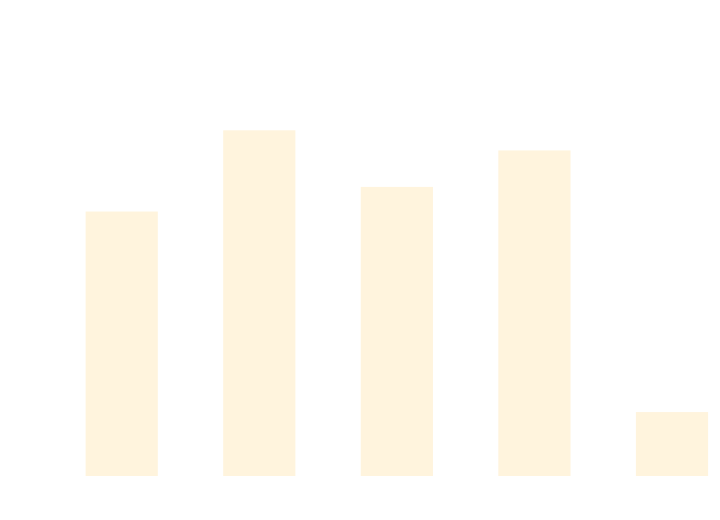
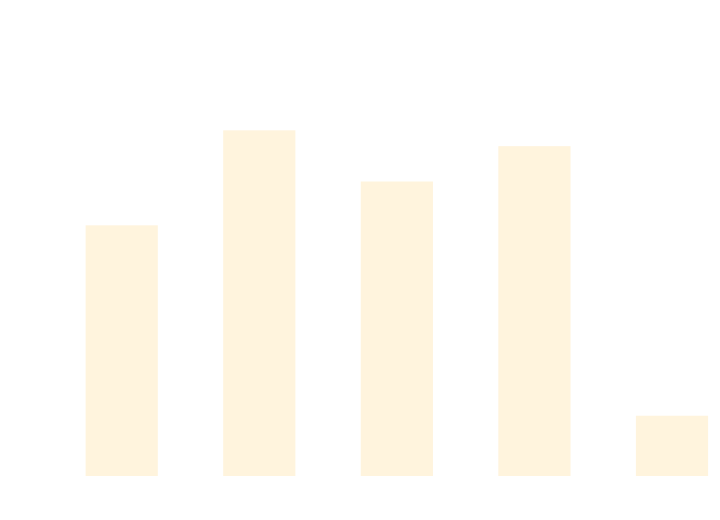
Before and after one commit to thomhurst/TUnit: the diagram in docs/docs/benchmarks/AsyncTests.md, drawn with Mermaid. The commit also changed other lines of this file and 17 other files, not shown here.

````diff
--- a/docs/docs/benchmarks/AsyncTests.md
+++ b/docs/docs/benchmarks/AsyncTests.md
@@ -27,37 +27,37 @@
 ```mermaid
 %%{init: {
   'theme':'base',
   'themeVariables': {
     'primaryColor': '#2563eb',
     'primaryTextColor': '#ffffff',
     'primaryBorderColor': '#1e40af',
     'lineColor': '#6b7280',
     'secondaryColor': '#7c3aed',
     'tertiaryColor': '#dc2626',
     'background': '#ffffff',
     'mainBkg': '#2563eb',
     'secondBkg': '#7c3aed',
     'tertiaryBkg': '#dc2626',
     'clusterBkg': '#f3f4f6',
     'edgeLabelBackground': '#ffffff',
     'tertiaryTextColor': '#1f2937',
     'pie1': '#2563eb',
     'pie2': '#7c3aed',
     'pie3': '#dc2626',
     'pie4': '#f59e0b',
     'pie5': '#10b981',
     'pie6': '#06b6d4',
     'pie7': '#ec4899',
     'pie8': '#6366f1',
     'pie9': '#84cc16',
     'pie10': '#f97316',
     'pie11': '#14b8a6',
     'pie12': '#a855f7'
   }
 }}%%
 xychart-beta
   title "AsyncTests Performance Comparison"
   x-axis ["TUnit", "NUnit", "MSTest", "xUnit3", "TUnit_AOT"]
-  y-axis "Time (ms)" 0 --> 906
-  bar [572.6, 754.3, 627.7, 709.3, 124]
+  y-axis "Time (ms)" 0 --> 975
+  bar [583, 811.7, 688.5, 773.6, 124.6]
 ```
````
